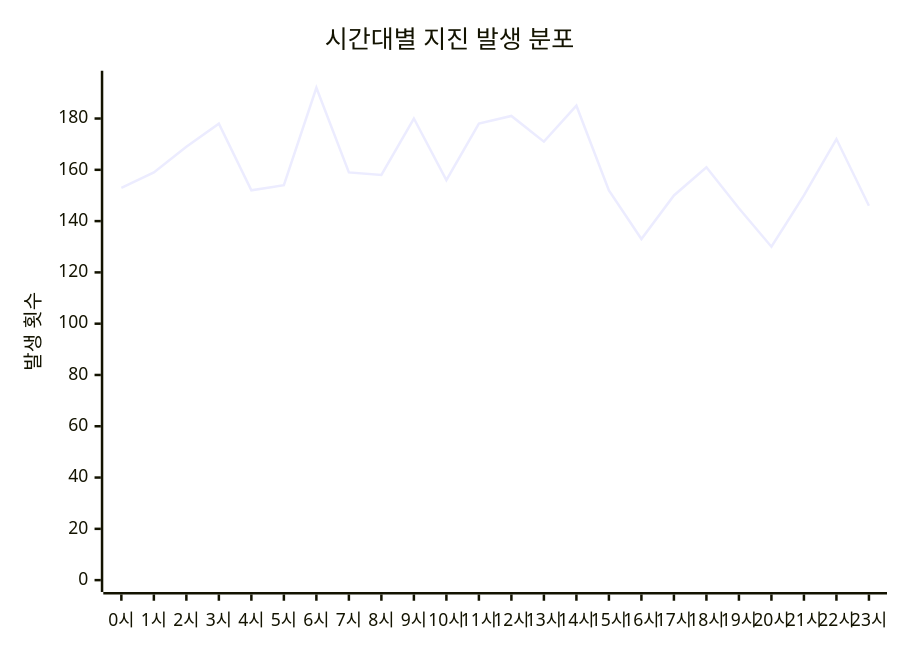
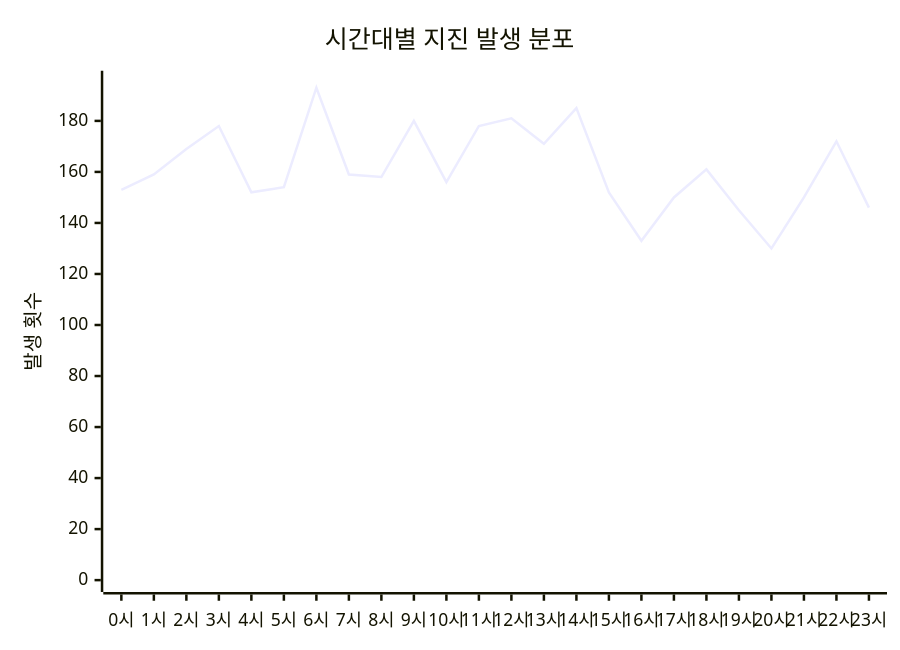
Before and after one commit to serendip811/japan-eq: the diagram in charts/time-chart.md, drawn with Mermaid. The commit also changed other lines of this file and 5 other files, not shown here.

Commit message:
Update earthquake data and charts Sat Mar 21 06:13:55 UTC 2026

````diff
--- a/charts/time-chart.md
+++ b/charts/time-chart.md
@@ -3,7 +3,7 @@
 ```mermaid
 xychart-beta
     title "시간대별 지진 발생 분포"
     x-axis ["0시", "1시", "2시", "3시", "4시", "5시", "6시", "7시", "8시", "9시", "10시", "11시", "12시", "13시", "14시", "15시", "16시", "17시", "18시", "19시", "20시", "21시", "22시", "23시"]
-    y-axis "발생 횟수" 0 --> 194
-    line [153, 159, 169, 178, 152, 154, 192, 159, 158, 180, 156, 178, 181, 171, 185, 152, 133, 150, 161, 145, 130, 150, 172, 146]
+    y-axis "발생 횟수" 0 --> 195
+    line [153, 159, 169, 178, 152, 154, 193, 159, 158, 180, 156, 178, 181, 171, 185, 152, 133, 150, 161, 145, 130, 150, 172, 146]
 ```
````
